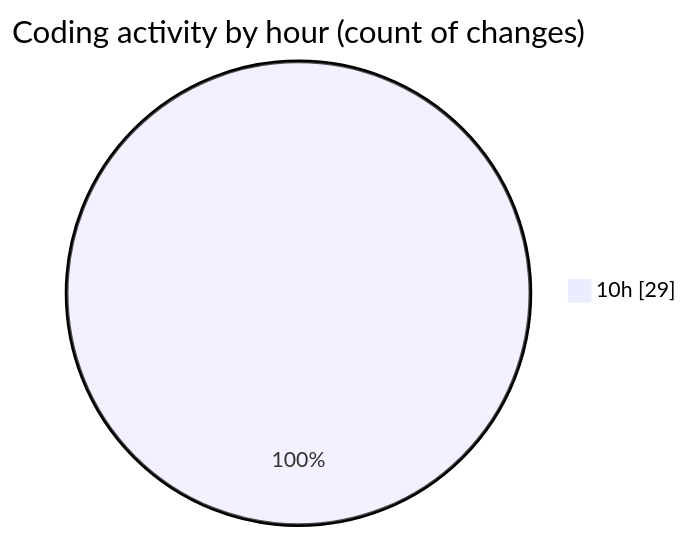
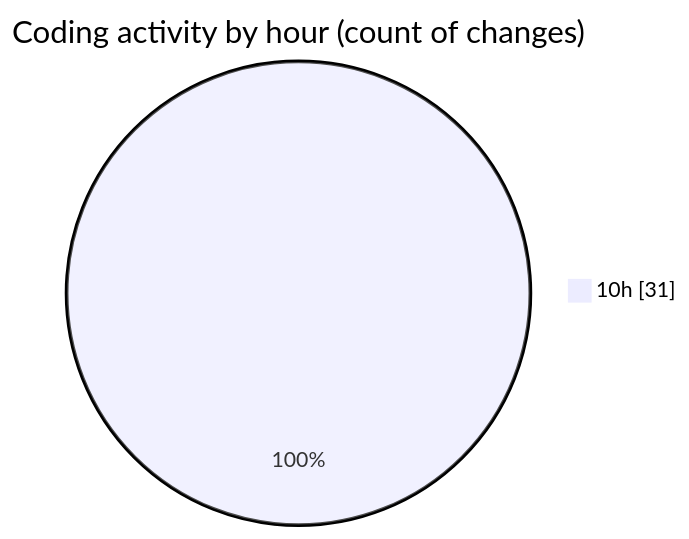
One commit to nxtqubesakshisongat/code-tracking changed the second of 2 diagrams in 2025-08-04/nxtqube_webapp/README.md. Above: the diagram before and after it, drawn with Mermaid. The commit also changed other lines of this file and 1 other file, not shown here.

````diff
--- a/2025-08-04/nxtqube_webapp/README.md
+++ b/2025-08-04/nxtqube_webapp/README.md
@@ -31,5 +32,5 @@
 ```mermaid
 pie showData
 title Coding activity by hour (count of changes)
-"10h" : 29
+"10h" : 31
 ```
````
